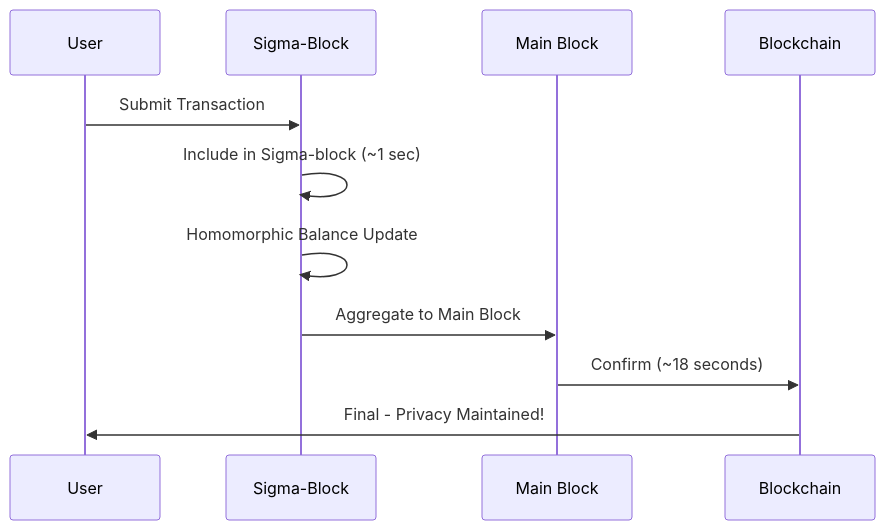
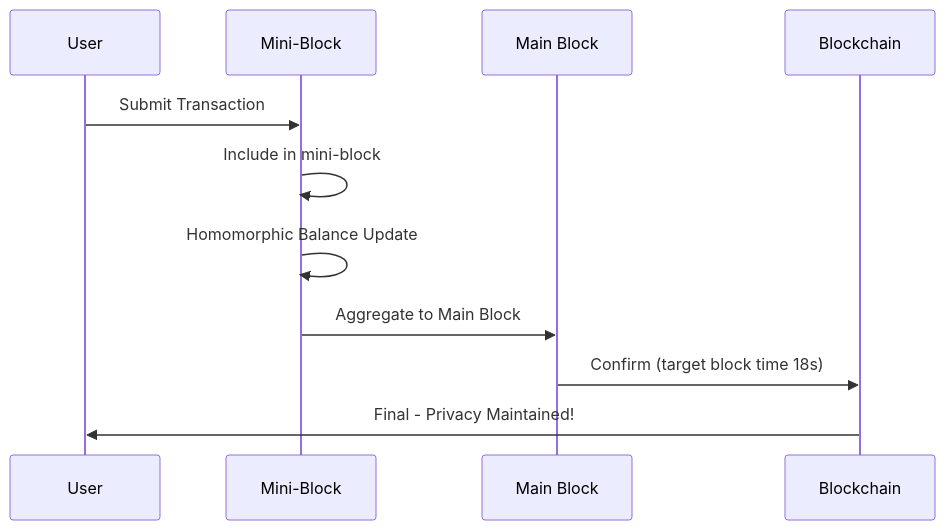
The second of 3 diagrams in derod-main/pages/privacy/account-based-privacy.mdx (DHEBP/dero-docs), drawn with Mermaid before and after one commit. The commit also changed other lines of this file and 7 other files, not shown here.

````diff
--- a/derod-main/pages/privacy/account-based-privacy.mdx
+++ b/derod-main/pages/privacy/account-based-privacy.mdx
@@ -217,14 +221,14 @@
 ```mermaid
 sequenceDiagram
     participant U as User
-    participant S as Sigma-Block
+    participant S as Mini-Block
     participant M as Main Block
     participant BC as Blockchain
     
     U->>S: Submit Transaction
-    S->>S: Include in Sigma-block (~1 sec)
+    S->>S: Include in mini-block
     S->>S: Homomorphic Balance Update
     S->>M: Aggregate to Main Block
-    M->>BC: Confirm (~18 seconds)
+    M->>BC: Confirm (target block time 18s)
     BC->>U: Final - Privacy Maintained!
 ```
````
